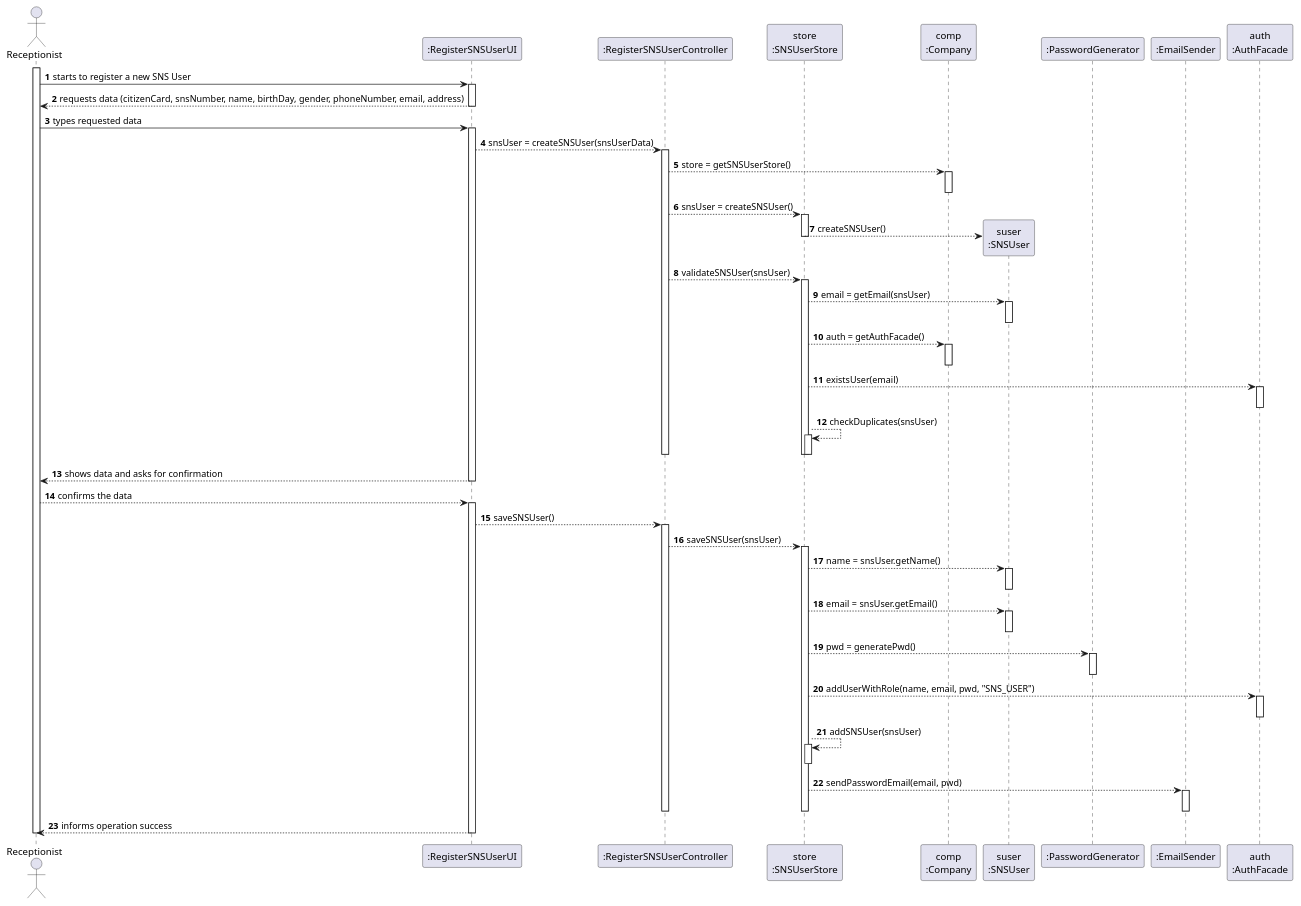
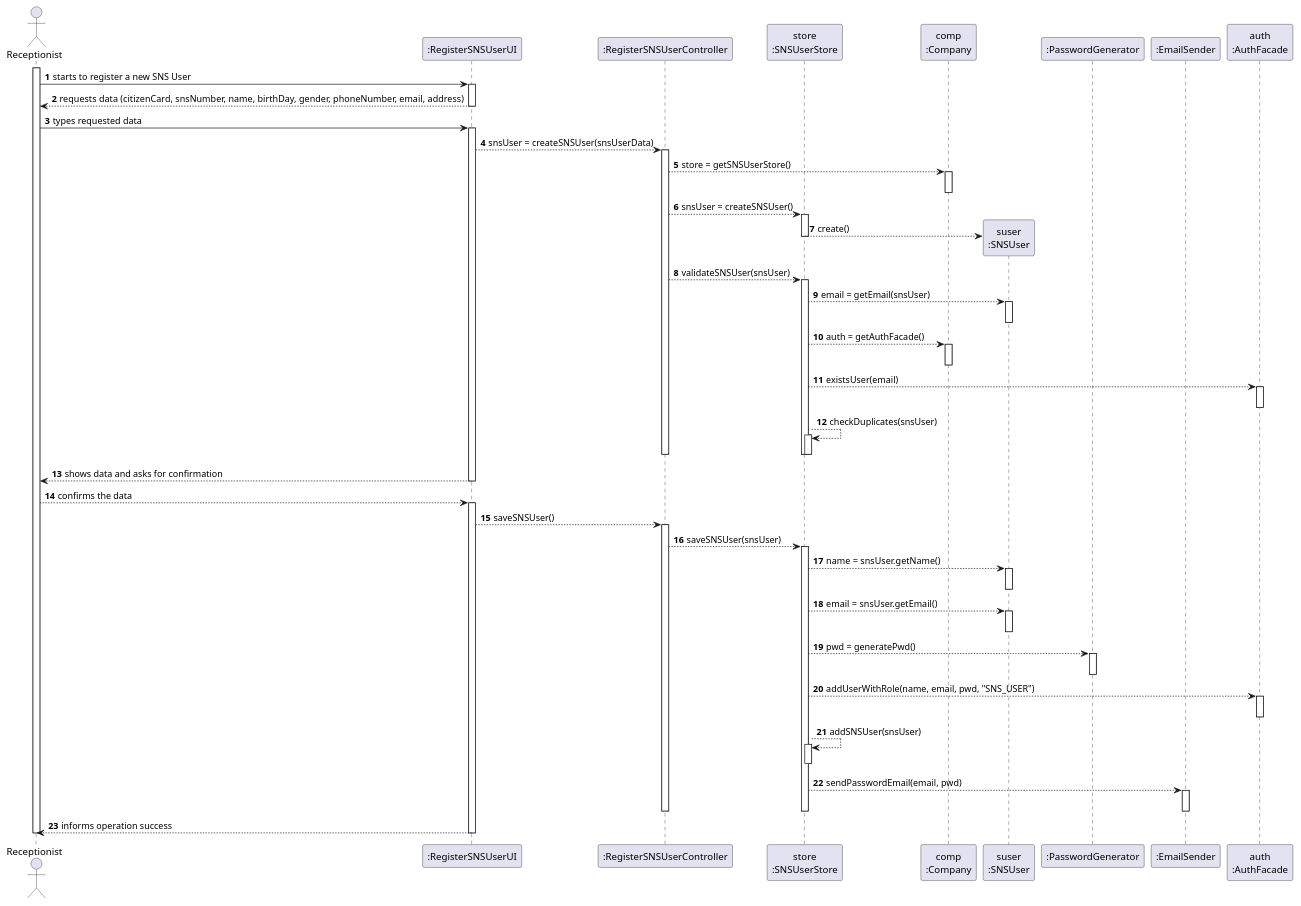
The diagram in docs/SprintB/US03/SD/US03_SD.puml (miseEnPlace-i/lapr2), drawn with PlantUML before and after one commit. The commit also changed 1 other file, not shown here.

```diff
--- a/docs/SprintB/US03/SD/US03_SD.puml
+++ b/docs/SprintB/US03/SD/US03_SD.puml
@@ -1,113 +1,113 @@
 @startuml Sequence Diagram
 autonumber
 'hide footbox
 actor "Receptionist" as RECEPT
 
 participant ":RegisterSNSUserUI" as UI
 participant ":RegisterSNSUserController" as CTRL
 participant "store\n:SNSUserStore" as STORE
 participant "comp\n:Company" as COMP
 participant "suser\n:SNSUser" as SUSER
 participant ":PasswordGenerator" as PWDGEN
 participant ":EmailSender" as EMAIL
 participant "auth\n:AuthFacade" as AUTH
 
 activate RECEPT
 RECEPT -> UI : starts to register a new SNS User
 activate UI
 UI --> RECEPT : requests data (citizenCard, snsNumber, name, birthDay, gender, phoneNumber, email, address)
 deactivate UI
 
 RECEPT -> UI : types requested data
 activate UI
 
 UI --> CTRL : snsUser = createSNSUser(snsUserData)
 activate CTRL
 
 CTRL --> COMP : store = getSNSUserStore()
 activate COMP
 deactivate COMP
 
 CTRL --> STORE : snsUser = createSNSUser()
 activate STORE
 
-STORE --> SUSER** : createSNSUser()
+STORE --> SUSER** : create()
 
 deactivate STORE
 
 CTRL --> STORE : validateSNSUser(snsUser)
 activate STORE
 
 STORE --> SUSER : email = getEmail(snsUser)
 activate SUSER
 deactivate SUSER
 
 STORE --> COMP : auth = getAuthFacade()
 activate COMP
 deactivate COMP
 
 STORE --> AUTH : existsUser(email)
 activate AUTH
 deactivate AUTH
 
 STORE --> STORE : checkDuplicates(snsUser)
 activate STORE
 deactivate STORE
 
 deactivate STORE
 deactivate CTRL
 
 UI --> RECEPT : shows data and asks for confirmation
 deactivate UI
 
 
 RECEPT --> UI : confirms the data
 activate UI
 
 UI --> CTRL : saveSNSUser()
 activate CTRL
 
 CTRL --> STORE : saveSNSUser(snsUser)
 activate STORE
 
 ' STORE --> STORE : validateSNSUser(snsUser)
 ' activate STORE
 ' deactivate STORE
 
 STORE --> SUSER : name = snsUser.getName()
 activate SUSER
 deactivate SUSER
 
 STORE --> SUSER : email = snsUser.getEmail()
 activate SUSER
 deactivate SUSER
 
 STORE --> PWDGEN : pwd = generatePwd()
 activate PWDGEN
 deactivate PWDGEN
 
 ' STORE --> COMP : auth = getAuthFacade()
 ' activate COMP
 ' deactivate COMP
 
 STORE --> AUTH : addUserWithRole(name, email, pwd, "SNS_USER")
 activate AUTH
 deactivate AUTH
 
 STORE --> STORE : addSNSUser(snsUser)
 activate STORE
 deactivate STORE
 
 STORE --> EMAIL : sendPasswordEmail(email, pwd)
 activate EMAIL
 deactivate EMAIL
 
 deactivate STORE
 deactivate CTRL
 
 UI --> RECEPT : informs operation success
 deactivate UI
 
 deactivate RECEPT
 
 @enduml
```
